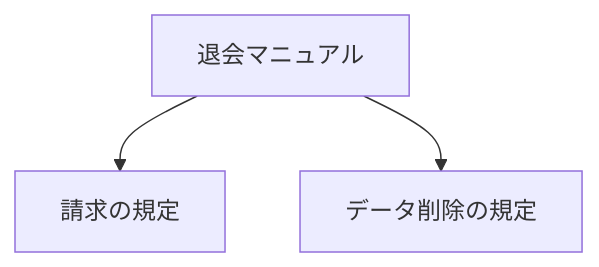
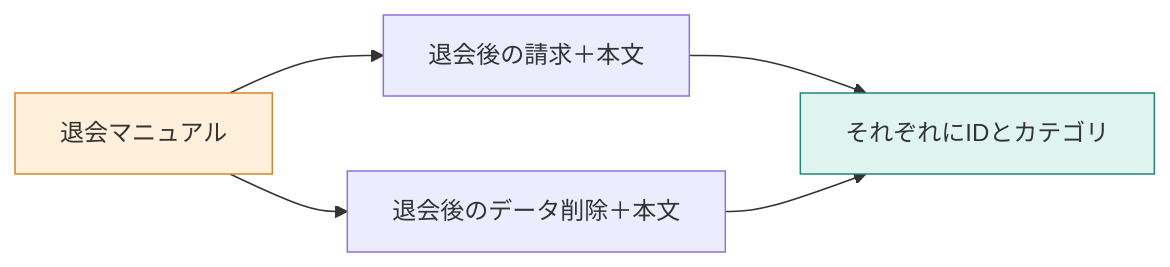
The diagram in books/cd019af39edb03/03-split-by-heading.md (kouji0705/rag-study), drawn with Mermaid before and after one commit. The commit also changed other lines of this file and 1 other file, not shown here.

````diff
--- a/books/cd019af39edb03/03-split-by-heading.md
+++ b/books/cd019af39edb03/03-split-by-heading.md
@@ -27,5 +7,9 @@
 ```mermaid
-flowchart TD
-    M["退会マニュアル"] --> B["請求の規定"]
-    M --> D["データ削除の規定"]
+flowchart LR
+    M["退会マニュアル"] --> B["退会後の請求＋本文"]
+    M --> D["退会後のデータ削除＋本文"]
+    B --> I["それぞれにIDとカテゴリ"]
+    D --> I
+    style M fill:#fff0db,stroke:#d9822b
+    style I fill:#dff4ef,stroke:#228678
 ```
````
